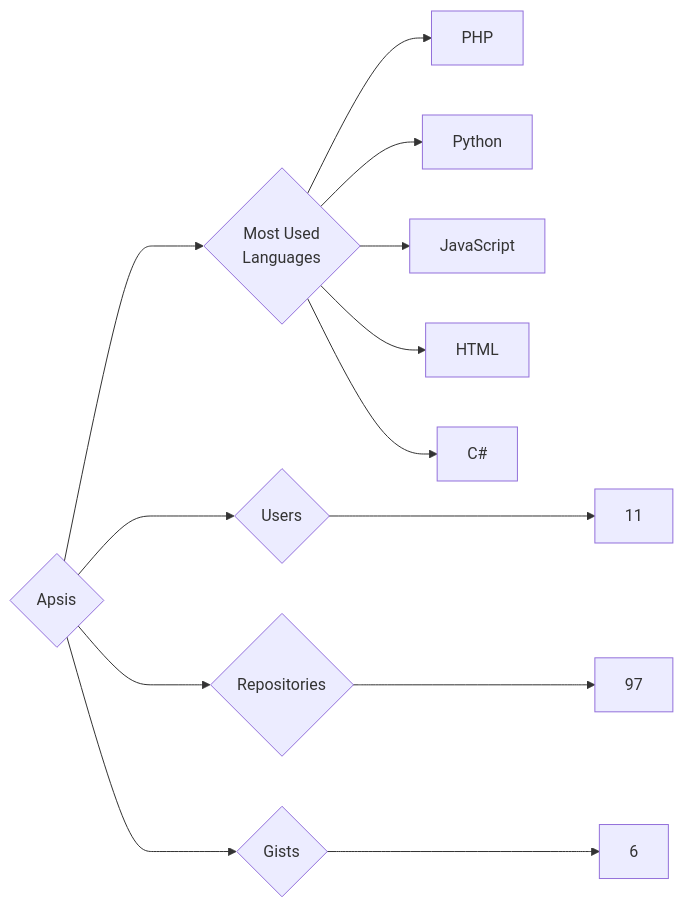
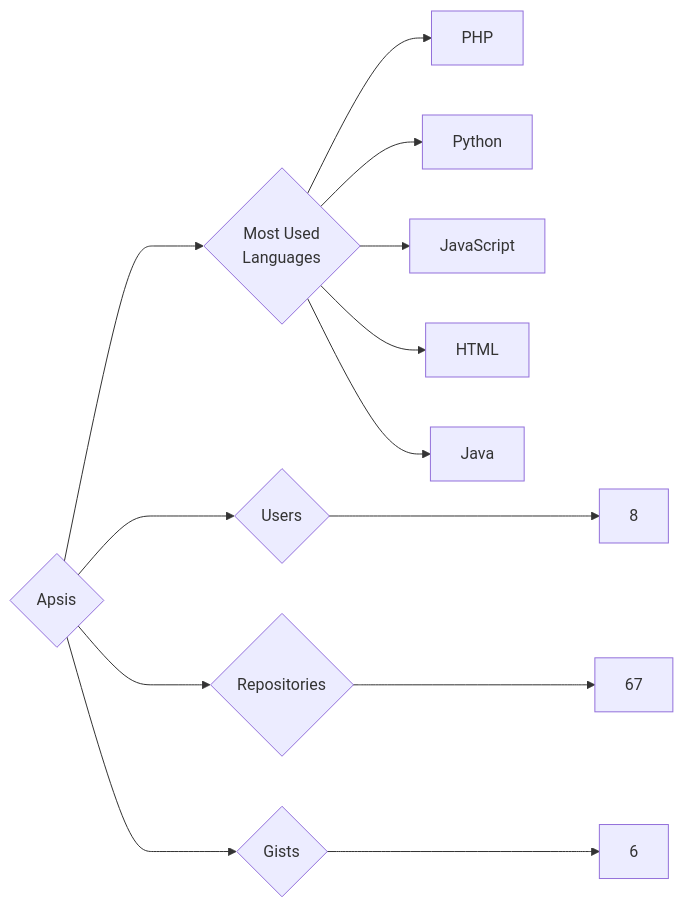
Before and after one commit to trickest/insiders: the diagram in targets/Apsis/README.md, drawn with Mermaid. The commit also changed 1092 other files, not shown here.

````diff
--- a/targets/Apsis/README.md
+++ b/targets/Apsis/README.md
@@ -3,13 +3,13 @@
 ```mermaid
 graph LR
 COMPANY_NAME{Apsis}
-COMPANY_NAME ---> U{Users} ---> UN[11]
-COMPANY_NAME ---> R{Repositories} ---> RN[97]
+COMPANY_NAME ---> U{Users} ---> UN[8]
+COMPANY_NAME ---> R{Repositories} ---> RN[67]
 COMPANY_NAME ---> G{Gists} ---> GN[6]
 COMPANY_NAME ---> ML{Most Used<br>Languages}
 ML --> PHP[PHP]
 ML --> Python[Python]
 ML --> JavaScript[JavaScript]
 ML --> HTML[HTML]
-ML --> C#[C#]
+ML --> Java[Java]
 ```
````
